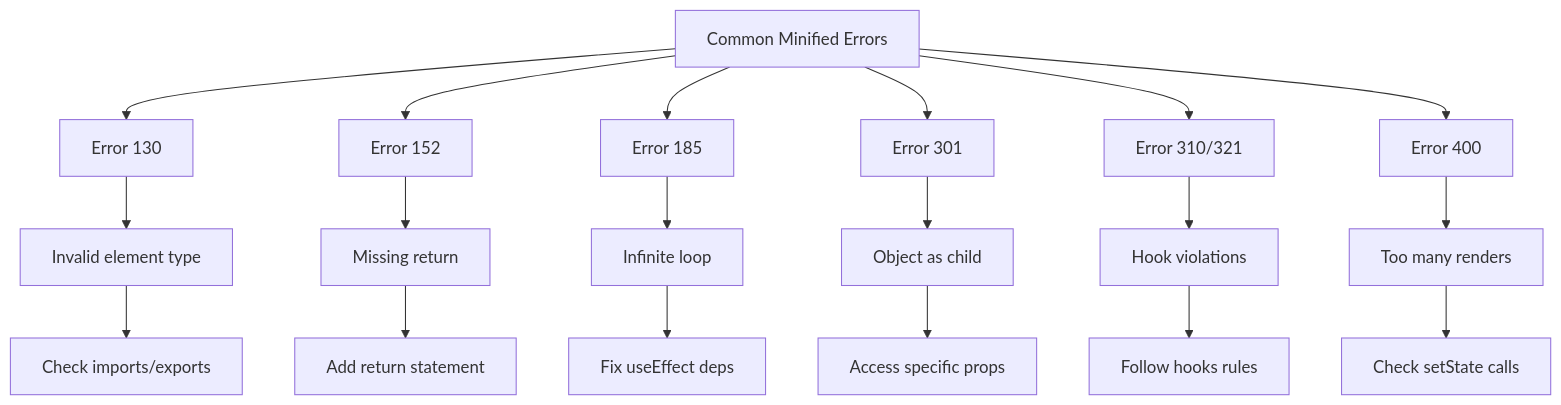
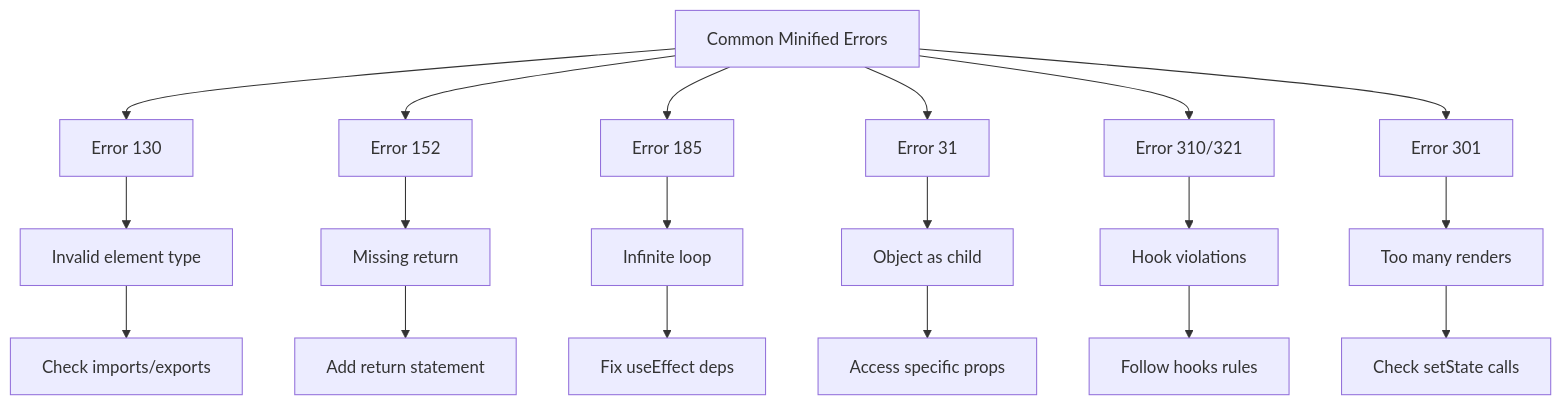
One commit to OneUptime/blog changed the second of 2 diagrams in posts/2026-01-24-fix-minified-react-error-production/README.md. Above: the diagram before and after it, drawn with Mermaid. The commit also changed other lines of this file and 4262 other files, not shown here.

````diff
--- a/posts/2026-01-24-fix-minified-react-error-production/README.md
+++ b/posts/2026-01-24-fix-minified-react-error-production/README.md
@@ -556,27 +557,27 @@
 ```mermaid
 flowchart TD
     A[Common Minified Errors] --> B[Error 130]
     A --> C[Error 152]
     A --> D[Error 185]
-    A --> E[Error 301]
+    A --> E[Error 31]
     A --> F[Error 310/321]
-    A --> G[Error 400]
+    A --> G[Error 301]
 
     B --> B1[Invalid element type]
     B1 --> B2[Check imports/exports]
 
     C --> C1[Missing return]
     C1 --> C2[Add return statement]
 
     D --> D1[Infinite loop]
     D1 --> D2[Fix useEffect deps]
 
     E --> E1[Object as child]
     E1 --> E2[Access specific props]
 
     F --> F1[Hook violations]
     F1 --> F2[Follow hooks rules]
 
     G --> G1[Too many renders]
     G1 --> G2[Check setState calls]
 ```
````
